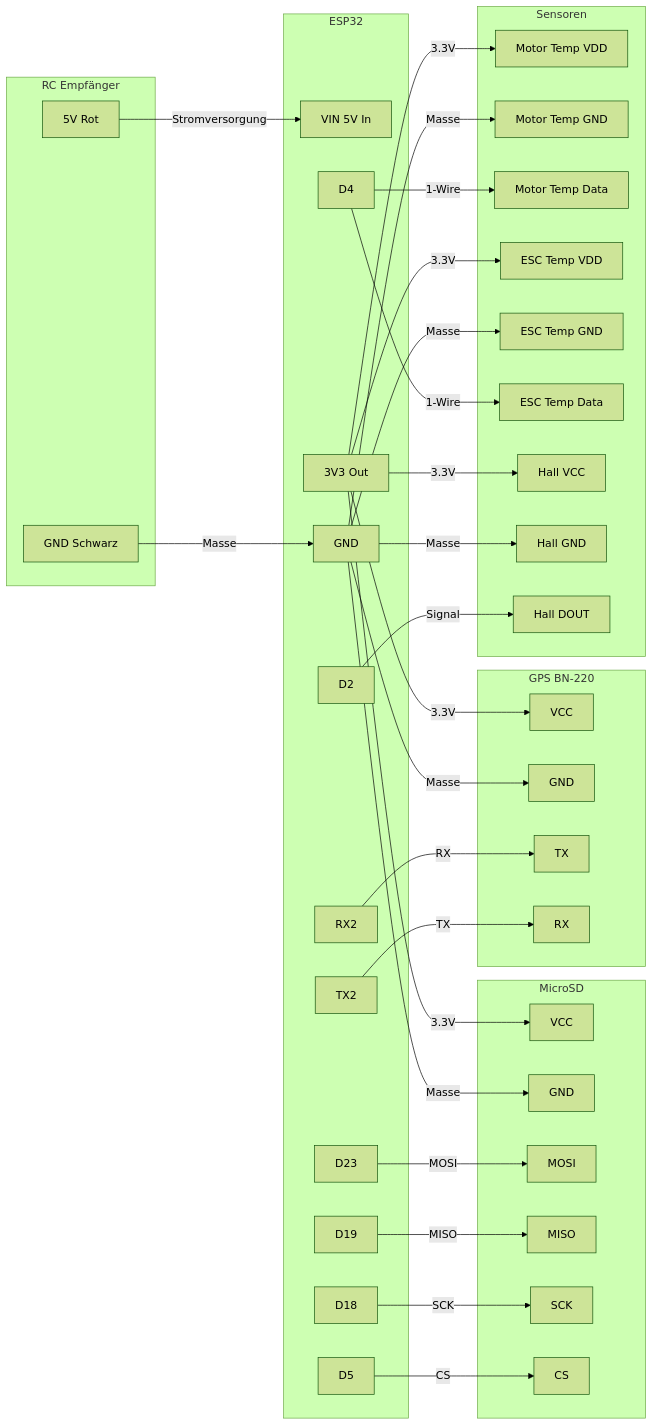
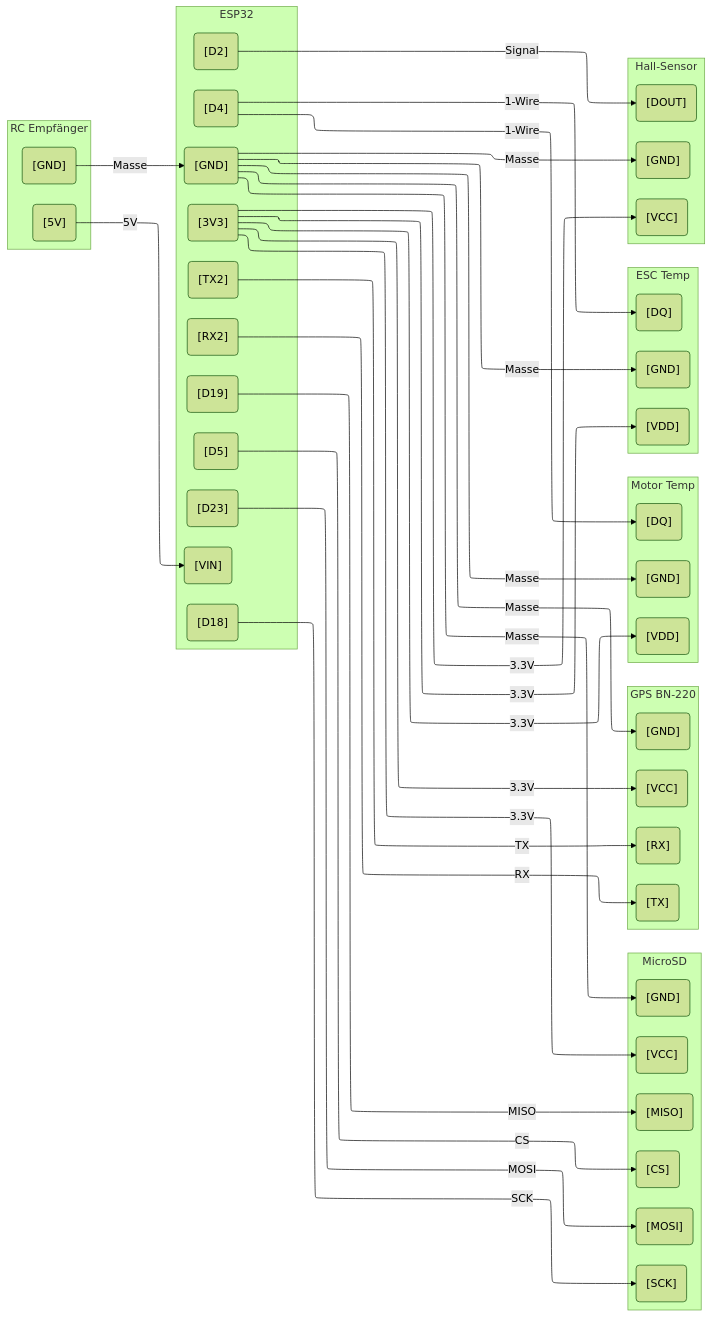
One commit to kleinnconrad/carten_telemetrie changed the diagram in schaltplan/readme.md. Above: the diagram before and after it, drawn with Mermaid (forest theme).

Commit message:
docs: add hardware documentation and wiring schematic for the RC telemetry system

````diff
--- a/schaltplan/readme.md
+++ b/schaltplan/readme.md
@@ -25,76 +25,90 @@
 ```mermaid
-graph LR
-    subgraph "RC Empfänger"
-        v5[5V Rot]
-        gnd_rx[GND Schwarz]
+%%{init: {"flowchart": {"defaultRenderer": "elk"}}}%%
+flowchart LR
+    subgraph RC ["RC Empfänger"]
+        direction TB
+        rc_5v("[5V]")
+        rc_gnd("[GND]")
     end
 
-    subgraph "ESP32"
-        vin[VIN 5V In]
-        v33[3V3 Out]
-        gnd_esp[GND]
-        d2[D2]
-        d4[D4]
-        d5[D5]
-        d18[D18]
-        d19[D19]
-        d23[D23]
-        rx2[RX2]
-        tx2[TX2]
+    subgraph ESP ["ESP32"]
+        direction TB
+        esp_vin("[VIN]")
+        esp_3v3("[3V3]")
+        esp_gnd("[GND]")
+        esp_d2("[D2]")
+        esp_d4("[D4]")
+        esp_d5("[D5]")
+        esp_d18("[D18]")
+        esp_d19("[D19]")
+        esp_d23("[D23]")
+        esp_rx2("[RX2]")
+        esp_tx2("[TX2]")
     end
 
-    subgraph "MicroSD"
-        sd_vcc[VCC]
-        sd_gnd[GND]
-        sd_mosi[MOSI]
-        sd_miso[MISO]
-        sd_sck[SCK]
-        sd_cs[CS]
+    subgraph SD ["MicroSD"]
+        direction TB
+        sd_vcc("[VCC]")
+        sd_gnd("[GND]")
+        sd_mosi("[MOSI]")
+        sd_miso("[MISO]")
+        sd_sck("[SCK]")
+        sd_cs("[CS]")
     end
 
-    subgraph "GPS BN-220"
-        gps_vcc[VCC]
-        gps_gnd[GND]
-        gps_tx[TX]
-        gps_rx[RX]
+    subgraph GPS ["GPS BN-220"]
+        direction TB
+        gps_vcc("[VCC]")
+        gps_gnd("[GND]")
+        gps_tx("[TX]")
+        gps_rx("[RX]")
     end
 
-    subgraph "Sensoren"
-        mot_vcc[Motor Temp VDD]
-        mot_gnd[Motor Temp GND]
-        mot_dq[Motor Temp Data]
-        esc_vcc[ESC Temp VDD]
-        esc_gnd[ESC Temp GND]
-        esc_dq[ESC Temp Data]
-        hall_vcc[Hall VCC]
-        hall_gnd[Hall GND]
-        hall_do[Hall DOUT]
+    subgraph MOT ["Motor Temp"]
+        direction TB
+        mot_vcc("[VDD]")
+        mot_gnd("[GND]")
+        mot_dq("[DQ]")
     end
 
-    v5 -->|Stromversorgung| vin
-    gnd_rx -->|Masse| gnd_esp
+    subgraph ESC ["ESC Temp"]
+        direction TB
+        esc_vcc("[VDD]")
+        esc_gnd("[GND]")
+        esc_dq("[DQ]")
+    end
 
-    v33 -->|3.3V| sd_vcc
-    gnd_esp -->|Masse| sd_gnd
-    d23 -->|MOSI| sd_mosi
-    d19 -->|MISO| sd_miso
-    d18 -->|SCK| sd_sck
-    d5 -->|CS| sd_cs
+    subgraph HALL ["Hall-Sensor"]
+        direction TB
+        hall_vcc("[VCC]")
+        hall_gnd("[GND]")
+        hall_do("[DOUT]")
+    end
 
-    v33 -->|3.3V| gps_vcc
-    gnd_esp -->|Masse| gps_gnd
-    rx2 -->|RX| gps_tx
-    tx2 -->|TX| gps_rx
+    rc_5v -->|5V| esp_vin
+    rc_gnd -->|Masse| esp_gnd
 
-    v33 -->|3.3V| mot_vcc
-    gnd_esp -->|Masse| mot_gnd
-    d4 -->|1-Wire| mot_dq
+    esp_3v3 -->|3.3V| sd_vcc
+    esp_3v3 -->|3.3V| gps_vcc
+    esp_3v3 -->|3.3V| mot_vcc
+    esp_3v3 -->|3.3V| esc_vcc
+    esp_3v3 -->|3.3V| hall_vcc
 
-    v33 -->|3.3V| esc_vcc
-    gnd_esp -->|Masse| esc_gnd
-    d4 -->|1-Wire| esc_dq
+    esp_gnd -->|Masse| sd_gnd
+    esp_gnd -->|Masse| gps_gnd
+    esp_gnd -->|Masse| mot_gnd
+    esp_gnd -->|Masse| esc_gnd
+    esp_gnd -->|Masse| hall_gnd
 
-    v33 -->|3.3V| hall_vcc
-    gnd_esp -->|Masse| hall_gnd
-    d2 -->|Signal| hall_do
+    esp_d23 -->|MOSI| sd_mosi
+    esp_d19 -->|MISO| sd_miso
+    esp_d18 -->|SCK| sd_sck
+    esp_d5 -->|CS| sd_cs
+
+    esp_rx2 -->|RX| gps_tx
+    esp_tx2 -->|TX| gps_rx
+
+    esp_d4 -->|1-Wire| mot_dq
+    esp_d4 -->|1-Wire| esc_dq
+    esp_d2 -->|Signal| hall_do
 ```
````
